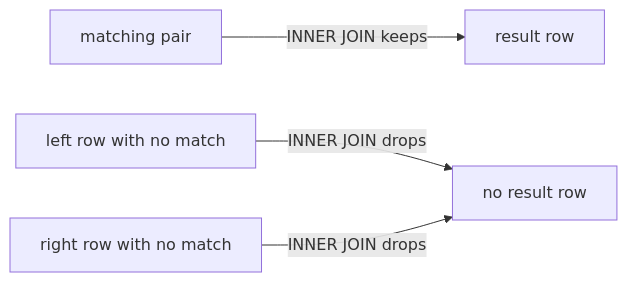
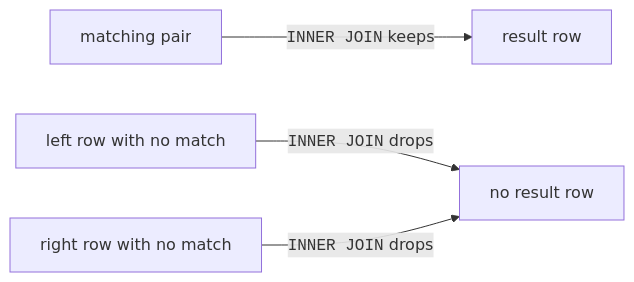
One commit to dataslope/dataslope changed the fourth of 4 diagrams in content/courses/sqlite-for-beginners/understanding-joins.mdx. Above: the diagram before and after it, drawn with Mermaid. The commit also changed other lines of this file and 52 other files, not shown here.

First line of the commit message:
Set SQL keywords in mermaid labels as code, and 10 more breakdowns

````diff
--- a/content/courses/sqlite-for-beginners/understanding-joins.mdx
+++ b/content/courses/sqlite-for-beginners/understanding-joins.mdx
@@ -263,6 +263,6 @@
 ```mermaid
 flowchart LR
-    A["matching pair"] -->|"INNER JOIN keeps"| R["result row"]
-    B["left row with no match"] -->|"INNER JOIN drops"| X["no result row"]
-    C["right row with no match"] -->|"INNER JOIN drops"| X
+    A["matching pair"] -->|"<code>INNER JOIN</code> keeps"| R["result row"]
+    B["left row with no match"] -->|"<code>INNER JOIN</code> drops"| X["no result row"]
+    C["right row with no match"] -->|"<code>INNER JOIN</code> drops"| X
 ```
````
